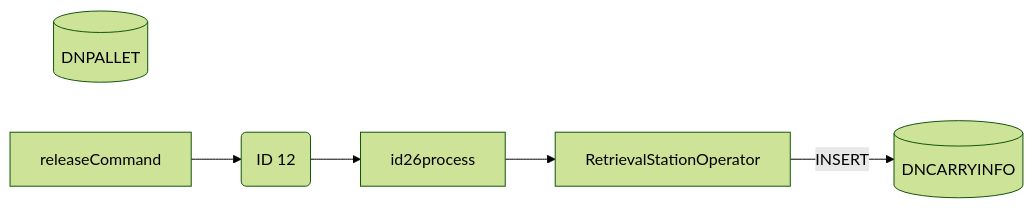
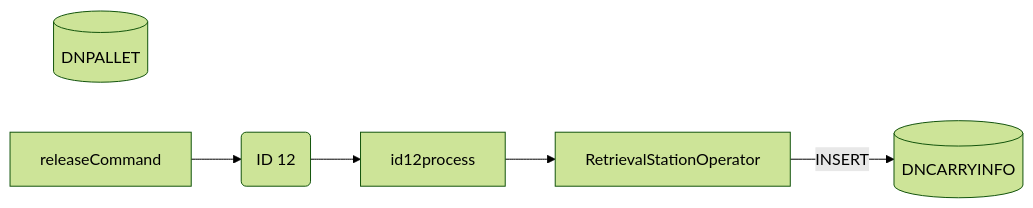
Before and after one commit to luthfiadityaa/SimeDarby-Wiki: the fourth of 10 diagrams in Basic-Design/DFD-WMS/Retrieval/Unplanned-Retrieval-to-HP-Area.md, drawn with Mermaid (forest theme).

Commit message:
Updated Unplanned Retrieval to HP Area

```diff
--- a/Basic-Design/DFD-WMS/Retrieval/Unplanned-Retrieval-to-HP-Area.md
+++ b/Basic-Design/DFD-WMS/Retrieval/Unplanned-Retrieval-to-HP-Area.md
@@ -196,20 +196,20 @@
 ::: mermaid
 flowchart LR
 
 id26msg("
 ID 12
 ")
 
 id26-insert[("
 DNCARRYINFO
 ")]
 
 id26-update[("
 DNPALLET
 ")]
 
 inoutstationoperator[RetrievalStationOperator]
 
-releaseCommand-->id26msg-->id26process-->inoutstationoperator
+releaseCommand-->id26msg-->id12process-->inoutstationoperator
 inoutstationoperator--> |INSERT| id26-insert
 :::
```
